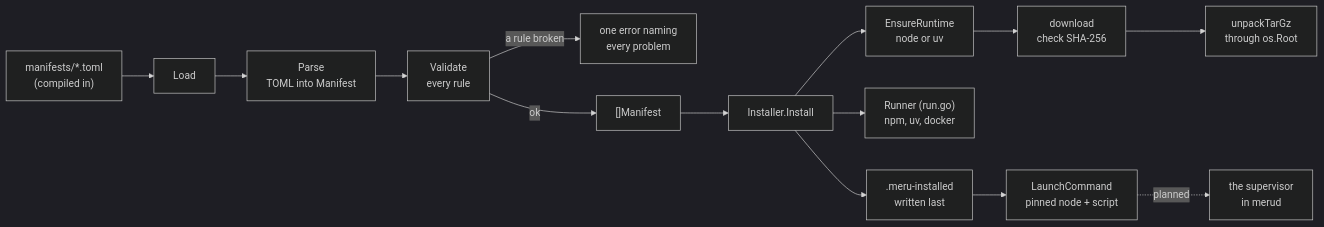
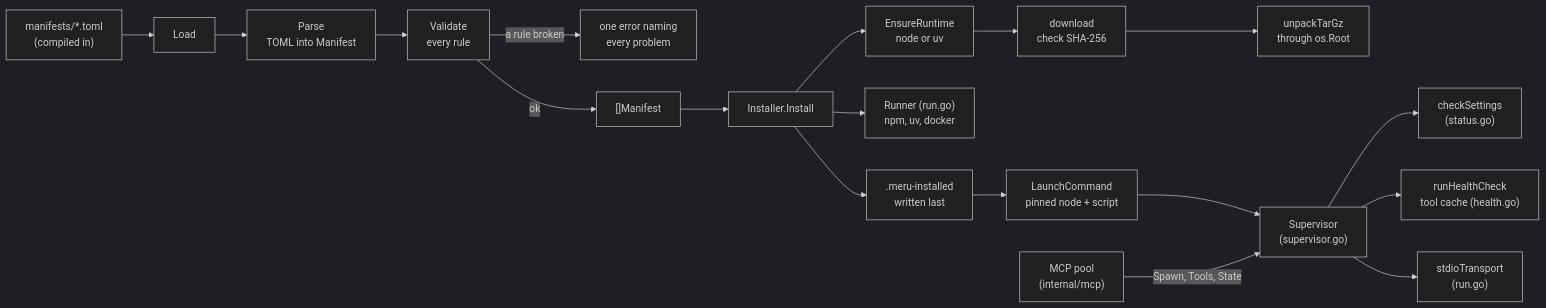
Before and after one commit to aarora79/meru: the first of 2 diagrams in docs/coding-notes/connectors.md, drawn with Mermaid (dark theme). The commit also changed other lines of this file and 59 other files, not shown here.

First line of the commit message:
Connectors, step 3: the supervisor, for stdio connectors

````diff
--- a/docs/coding-notes/connectors.md
+++ b/docs/coding-notes/connectors.md
@@ -27,16 +40,20 @@
 ```mermaid
 flowchart LR
     files["manifests/*.toml<br/>(compiled in)"] --> load["Load"]
     load --> parse["Parse<br/>TOML into Manifest"]
     parse --> validate["Validate<br/>every rule"]
     validate -- "a rule broken" --> err["one error naming<br/>every problem"]
     validate -- ok --> list["[]Manifest"]
     list --> install["Installer.Install"]
     install --> ensure["EnsureRuntime<br/>node or uv"]
     ensure --> dl["download<br/>check SHA-256"]
     dl --> unpack["unpackTarGz<br/>through os.Root"]
     install --> run["Runner (run.go)<br/>npm, uv, docker"]
     install --> marker[".meru-installed<br/>written last"]
     marker --> launch["LaunchCommand<br/>pinned node + script"]
-    launch -. "planned" .-> sup["the supervisor<br/>in merud"]
+    launch --> sup["Supervisor<br/>(supervisor.go)"]
+    sup --> check["checkSettings<br/>(status.go)"]
+    sup --> health["runHealthCheck<br/>tool cache (health.go)"]
+    sup --> stdio["stdioTransport<br/>(run.go)"]
+    pool["MCP pool<br/>(internal/mcp)"] -- "Spawn, Tools, State" --> sup
 ```
````
